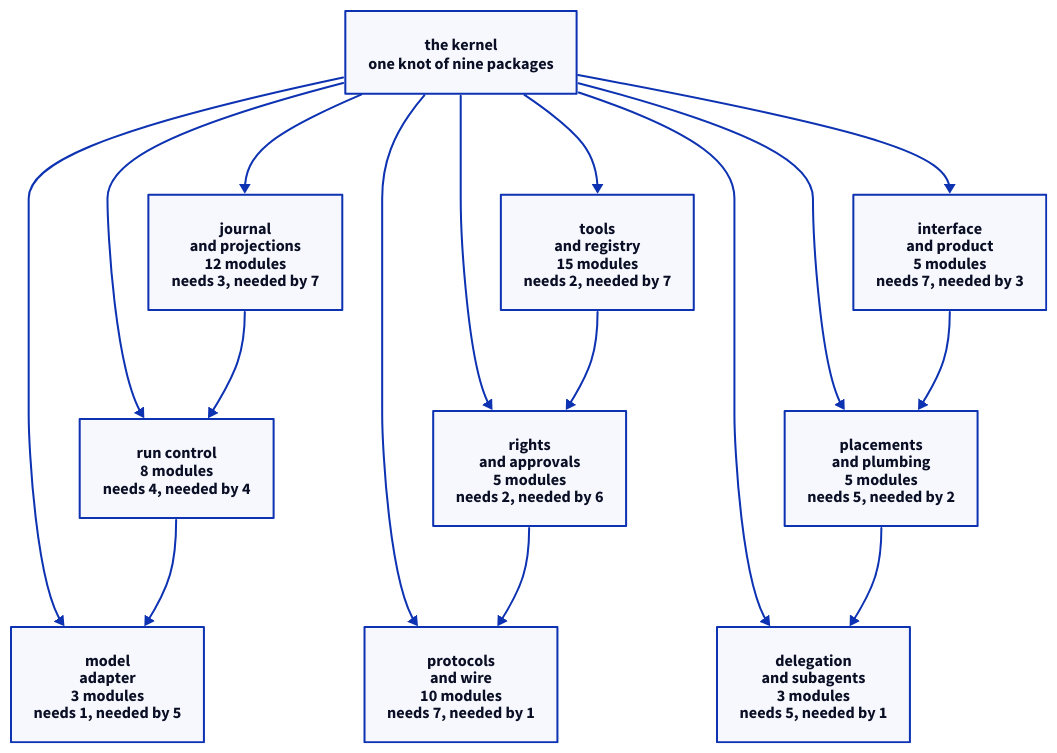
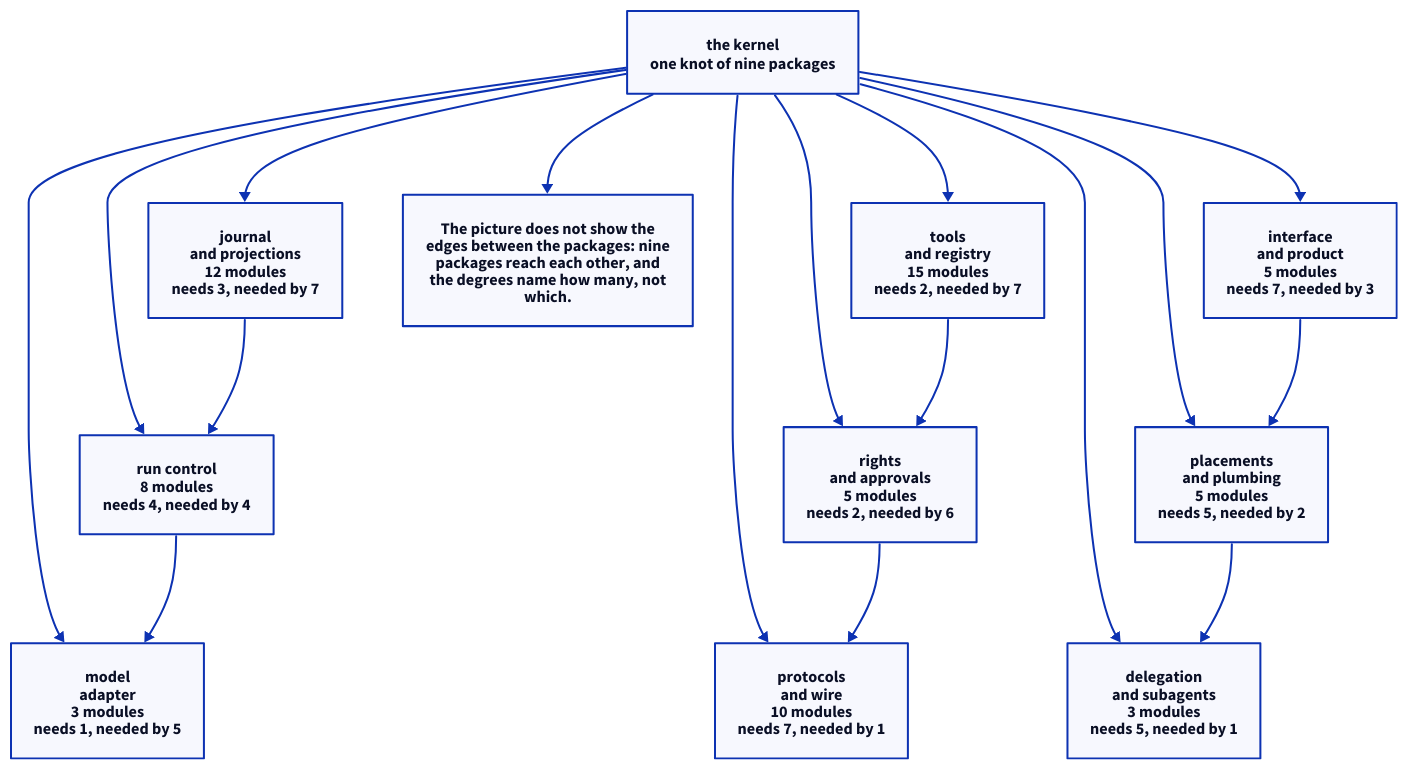
Before and after one commit to 11111000000/yeah: the diagram in site/diagrams/code-packages.d2, drawn with D2. The commit also changed 36 other files, not shown here.

```diff
--- a/site/diagrams/code-packages.d2
+++ b/site/diagrams/code-packages.d2
@@ -1,91 +1,97 @@
 # The nine packages of the kernel of Yeah.
 #
 # The packages are one knot, not nine layers: every package reaches every
 # other one, and the graph of the requires has no level to speak of.  This
 # picture says the size of each package and how many other packages it needs
 # and is needed by; the count is the number of the packages, not the number
 # of the modules.
 #
 # The packages and the modules of each are named in the comment below.
 # file is the declaration of the packages, and the picture is its view.
 # Every module of lib/ belongs to exactly one of them, and the modules that
 # belong to none are named with the reason.
 #
 #   the name of a package, a colon, and the modules of it
 #
 # The packages and the modules of each:
 #
 #   journal and projections: lib/yeah-compact.el, lib/yeah-context.el, lib/yeah-events.el, lib/yeah-faces.el, lib/yeah-journal.el, lib/yeah-markdown.el, lib/yeah-org.el, lib/yeah-session.el, lib/yeah-session-list.el, lib/yeah-sessions.el, lib/yeah-todo.el, lib/yeah-ui.el
 #   run control: lib/yeah-control.el, lib/yeah-input.el, lib/yeah-loop.el, lib/yeah-run.el, lib/yeah-runtime.el, lib/yeah-scheduler.el, lib/yeah-state.el, lib/yeah-turn.el
 #   model adapter: lib/yeah-answer.el, lib/yeah-gptel.el, lib/yeah-model.el
 #   tools and registry: lib/yeah-bridge.el, lib/yeah-builtins.el, lib/yeah-edit.el, lib/yeah-emacs.el, lib/yeah-files.el, lib/yeah-git.el, lib/yeah-process.el, lib/yeah-result.el, lib/yeah-shell-guard.el, lib/yeah-text.el, lib/yeah-tools.el, lib/yeah-trash.el, lib/yeah-undo.el, lib/yeah-untrusted.el, lib/yeah-version.el
 #   rights and approvals: lib/yeah-approval.el, lib/yeah-approval-ui.el, lib/yeah-diff.el, lib/yeah-perm.el, lib/yeah-risk.el
 #   protocols and wire: lib/yeah-acp.el, lib/yeah-acp-vocabulary.el, lib/yeah-client.el, lib/yeah-emcp.el, lib/yeah-mcp.el, lib/yeah-mcp-client.el, lib/yeah-mcp-http.el, lib/yeah-session-mcp.el, lib/yeah-wire.el, lib/yeah-wire-socket.el
 #   interface and product: lib/yeah.el, lib/yeah-compose.el, lib/yeah-doctor-ui.el, lib/yeah-product.el, lib/yeah-shell.el
 #   placements and plumbing: lib/yeah-life.el, lib/yeah-placement.el, lib/yeah-proc.el, lib/yeah-service.el, lib/yeah-service-ui.el
 #   delegation and subagents: lib/yeah-agent.el, lib/yeah-delegate.el, lib/yeah-subagent.el
 #
 # The modules of lib/ that are in no package of this picture:
 #
 #   lib/yeah-codes.el -- experimental: disabled by default and not wired into the agent loop.
 #   lib/yeah-state-diagram.el -- the generator of the state diagram: a tool of the author, not a component of the harness at run time.
 
 knot: "the kernel\none knot of nine packages" {
   class: subject
 }
 
 journal_and_projections: "journal\nand projections\n12 modules\nneeds 3, needed by 7"
 run_control: "run control\n8 modules\nneeds 4, needed by 4"
 model_adapter: "model\nadapter\n3 modules\nneeds 1, needed by 5"
 tools_and_registry: "tools\nand registry\n15 modules\nneeds 2, needed by 7"
 rights_and_approvals: "rights\nand approvals\n5 modules\nneeds 2, needed by 6"
 protocols_and_wire: "protocols\nand wire\n10 modules\nneeds 7, needed by 1"
 interface_and_product: "interface\nand product\n5 modules\nneeds 7, needed by 3"
 placements_and_plumbing: "placements\nand plumbing\n5 modules\nneeds 5, needed by 2"
 delegation_and_subagents: "delegation\nand subagents\n3 modules\nneeds 5, needed by 1"
 
+note: "The picture does not show the\nedges between the packages: nine\npackages reach each other, and\nthe degrees name how many, not\nwhich."
+
+knot -> note: {
+  class: hidden
+}
+
 knot -> journal_and_projections: {
   class: flow
 }
 knot -> run_control: {
   class: flow
 }
 knot -> model_adapter: {
   class: flow
 }
 knot -> tools_and_registry: {
   class: flow
 }
 knot -> rights_and_approvals: {
   class: flow
 }
 knot -> protocols_and_wire: {
   class: flow
 }
 knot -> interface_and_product: {
   class: flow
 }
 knot -> placements_and_plumbing: {
   class: flow
 }
 knot -> delegation_and_subagents: {
   class: flow
 }
 journal_and_projections -> run_control: {
   class: hidden
 }
 run_control -> model_adapter: {
   class: hidden
 }
 tools_and_registry -> rights_and_approvals: {
   class: hidden
 }
 rights_and_approvals -> protocols_and_wire: {
   class: hidden
 }
 interface_and_product -> placements_and_plumbing: {
   class: hidden
 }
 placements_and_plumbing -> delegation_and_subagents: {
   class: hidden
 }
```
